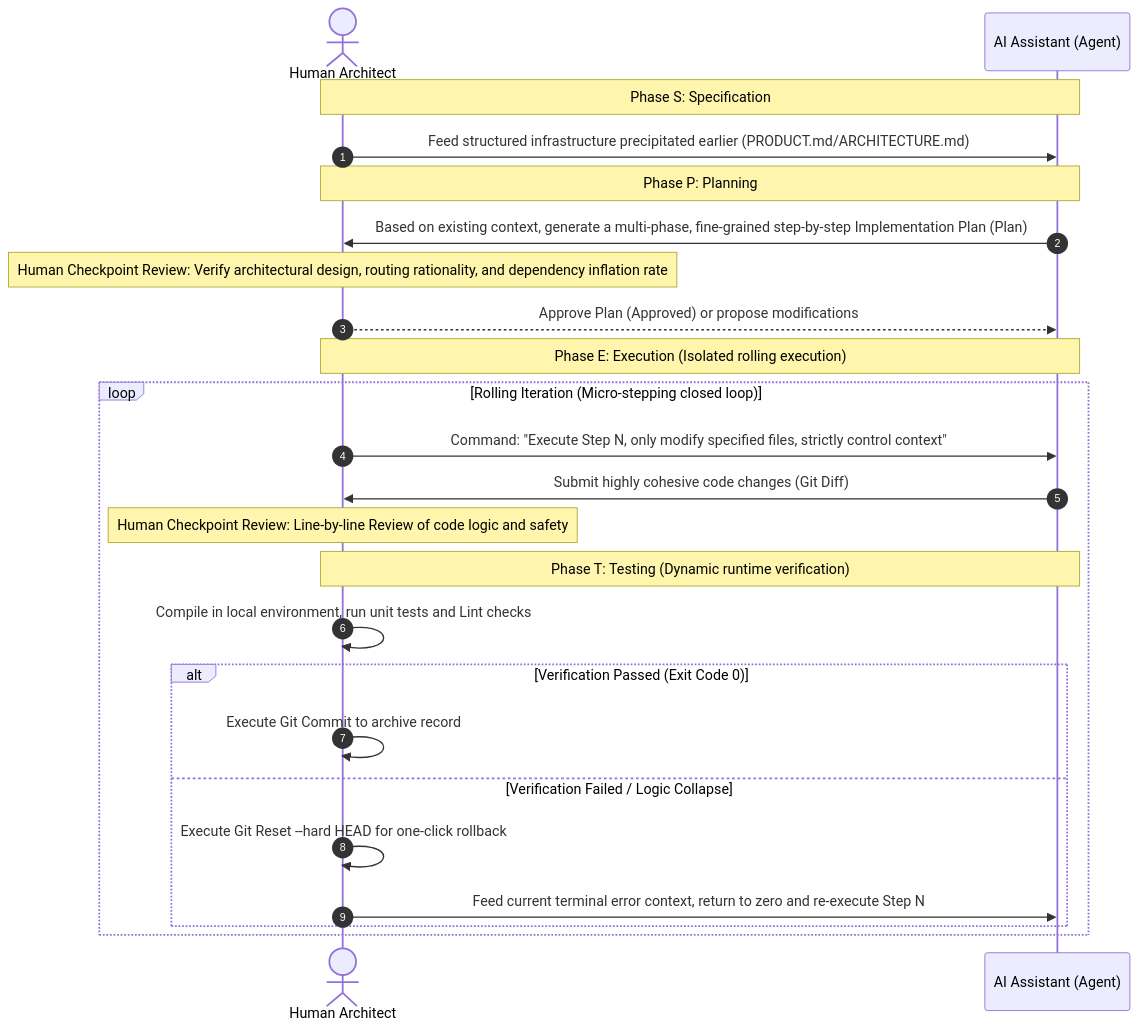
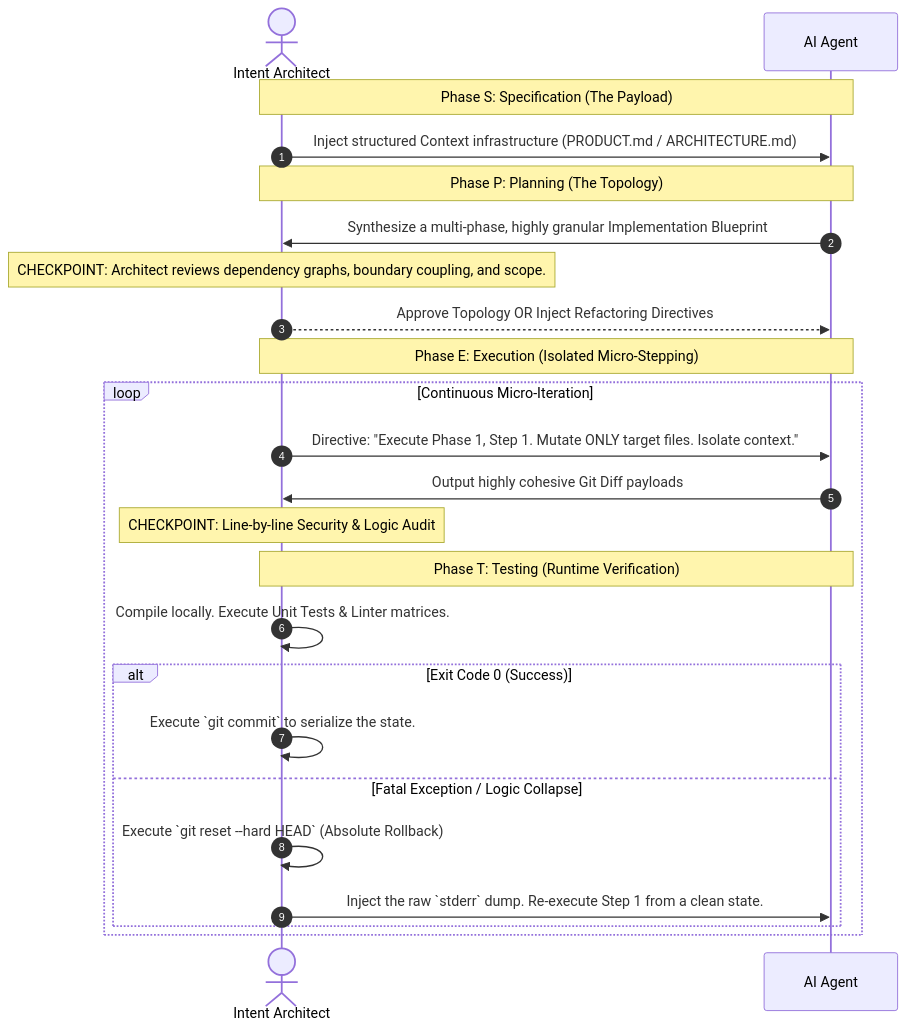
Before and after one commit to ruanqizhen/cocode: the first of 4 diagrams in i18n/en/docusaurus-plugin-content-docs/current/planning.md, drawn with Mermaid. The commit also changed other lines of this file and 41 other files, not shown here.

````diff
--- a/i18n/en/docusaurus-plugin-content-docs/current/planning.md
+++ b/i18n/en/docusaurus-plugin-content-docs/current/planning.md
@@ -27,31 +29,30 @@
 ```mermaid
 sequenceDiagram
     autonumber
-    actor Human as Human Architect
-    participant AI as AI Assistant (Agent)
+    actor Human as Intent Architect
+    participant AI as AI Agent
     
-    Note over Human, AI: Phase S: Specification
-    Human->>AI: Feed structured infrastructure precipitated earlier (PRODUCT.md/ARCHITECTURE.md)
+    Note over Human, AI: Phase S: Specification (The Payload)
+    Human->>AI: Inject structured Context infrastructure (PRODUCT.md / ARCHITECTURE.md)
     
-    Note over Human, AI: Phase P: Planning
-    AI->>Human: Based on existing context, generate a multi-phase, fine-grained step-by-step Implementation Plan (Plan)
-    Note over Human: Human Checkpoint Review: Verify architectural design, routing rationality, and dependency inflation rate
-    Human-->>AI: Approve Plan (Approved) or propose modifications
+    Note over Human, AI: Phase P: Planning (The Topology)
+    AI->>Human: Synthesize a multi-phase, highly granular Implementation Blueprint
+    Note over Human: CHECKPOINT: Architect reviews dependency graphs, boundary coupling, and scope.
+    Human-->>AI: Approve Topology OR Inject Refactoring Directives
     
-    Note over Human, AI: Phase E: Execution (Isolated rolling execution)
-    loop Rolling Iteration (Micro-stepping closed loop)
-        Human->>AI: Command: "Execute Step N, only modify specified files, strictly control context"
-        AI->>Human: Submit highly cohesive code changes (Git Diff)
-        Note over Human: Human Checkpoint Review: Line-by-line Review of code logic and safety
+    Note over Human, AI: Phase E: Execution (Isolated Micro-Stepping)
+    loop Continuous Micro-Iteration
+        Human->>AI: Directive: "Execute Phase 1, Step 1. Mutate ONLY target files. Isolate context."
+        AI->>Human: Output highly cohesive Git Diff payloads
+        Note over Human: CHECKPOINT: Line-by-line Security & Logic Audit
         
-        Note over Human, AI: Phase T: Testing (Dynamic runtime verification)
-        Human->>Human: Compile in local environment, run unit tests and Lint checks
-        alt Verification Passed (Exit Code 0)
-            Human->>Human: Execute Git Commit to archive record
-        else Verification Failed / Logic Collapse
-            Human->>Human: Execute Git Reset --hard HEAD for one-click rollback
-            Human->>AI: Feed current terminal error context, return to zero and re-execute Step N
+        Note over Human, AI: Phase T: Testing (Runtime Verification)
+        Human->>Human: Compile locally. Execute Unit Tests & Linter matrices.
+        alt Exit Code 0 (Success)
+            Human->>Human: Execute `git commit` to serialize the state.
+        else Fatal Exception / Logic Collapse
+            Human->>Human: Execute `git reset --hard HEAD` (Absolute Rollback)
+            Human->>AI: Inject the raw `stderr` dump. Re-execute Step 1 from a clean state.
         end
     end
-
 ```
````
